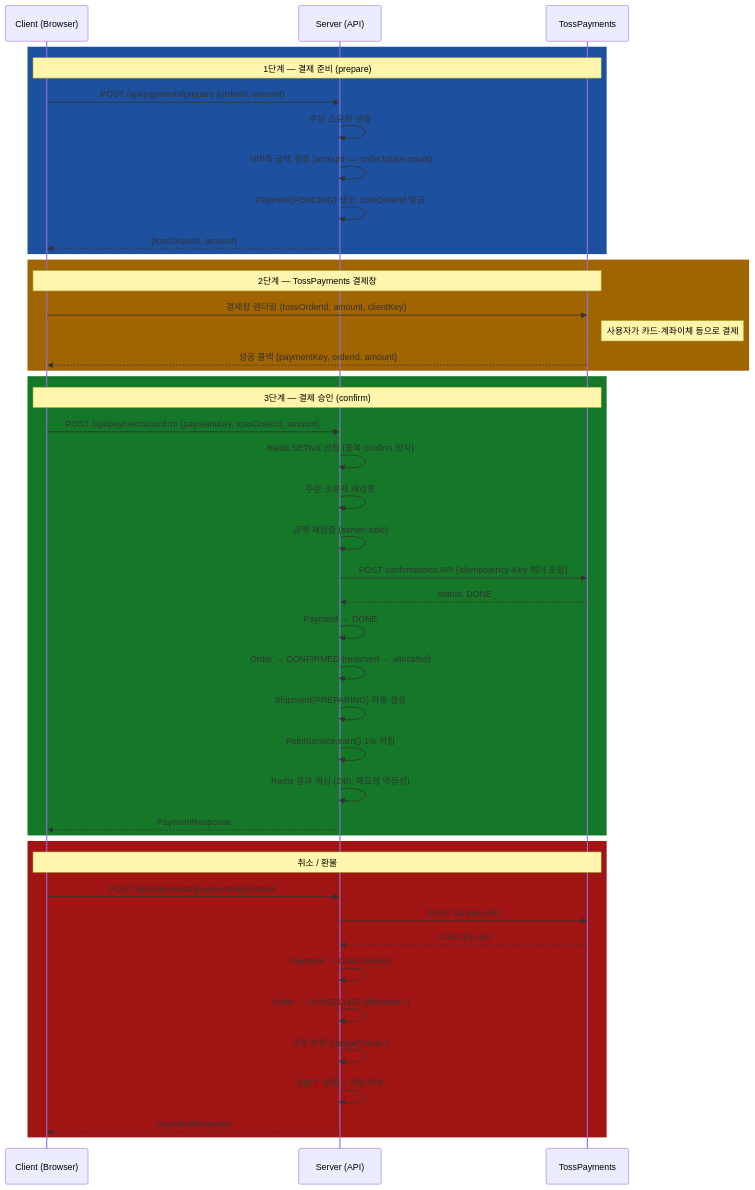
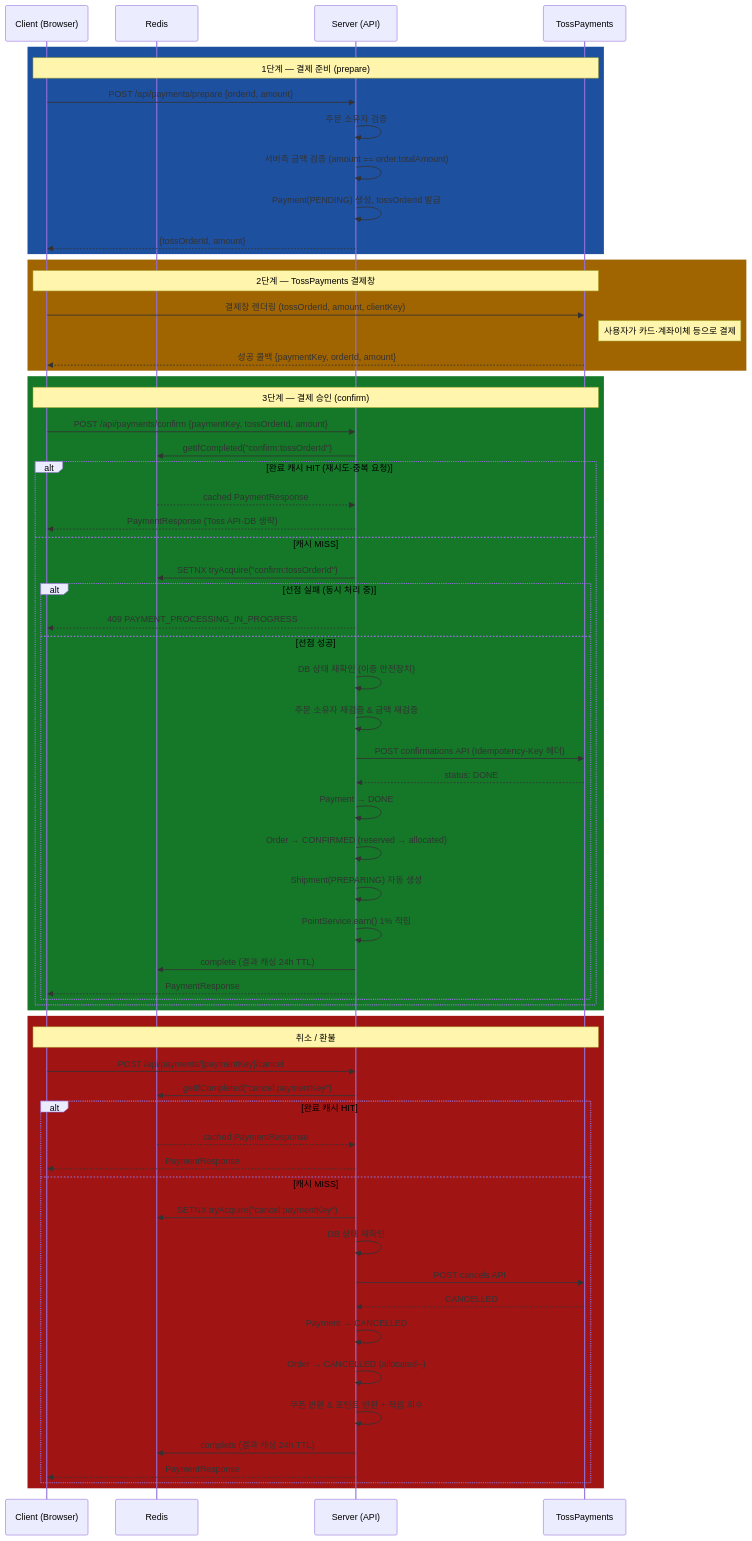
One commit to nameless0422/stock-management-api changed the third of 6 diagrams in README.md. Above: the diagram before and after it, drawn with Mermaid.

Commit message:
docs: TossPayments 플로우도 Redis 멱등성 로직 정확히 반영 (캐시HIT/SETNX 분기 추가)

````diff
--- a/README.md
+++ b/README.md
@@ -424,50 +424,69 @@
 ```mermaid
 sequenceDiagram
     participant C as Client (Browser)
+    participant R as Redis
     participant S as Server (API)
     participant T as TossPayments
 
     rect rgb(30, 80, 160)
         Note over C,T: 1단계 — 결제 준비 (prepare)
         C->>S: POST /api/payments/prepare {orderId, amount}
         S->>S: 주문 소유자 검증
         S->>S: 서버측 금액 검증 (amount == order.totalAmount)
         S->>S: Payment(PENDING) 생성, tossOrderId 발급
         S-->>C: {tossOrderId, amount}
     end
 
     rect rgb(160, 100, 0)
         Note over C,T: 2단계 — TossPayments 결제창
         C->>T: 결제창 렌더링 (tossOrderId, amount, clientKey)
         Note right of T: 사용자가 카드·계좌이체 등으로 결제
         T-->>C: 성공 콜백 {paymentKey, orderId, amount}
     end
 
     rect rgb(20, 120, 40)
         Note over C,T: 3단계 — 결제 승인 (confirm)
         C->>S: POST /api/payments/confirm {paymentKey, tossOrderId, amount}
-        S->>S: Redis SETNX 선점 (중복 confirm 방지)
-        S->>S: 주문 소유자 재검증
-        S->>S: 금액 재검증 (server-side)
-        S->>T: POST confirmations API (Idempotency-Key 헤더 포함)
-        T-->>S: status: DONE
-        S->>S: Payment → DONE
-        S->>S: Order → CONFIRMED (reserved → allocated)
-        S->>S: Shipment(PREPARING) 자동 생성
-        S->>S: PointService.earn() 1% 적립
-        S->>S: Redis 결과 캐싱 (24h, 재요청 멱등성)
-        S-->>C: PaymentResponse
+        S->>R: getIfCompleted("confirm:tossOrderId")
+        alt 완료 캐시 HIT (재시도·중복 요청)
+            R-->>S: cached PaymentResponse
+            S-->>C: PaymentResponse (Toss API·DB 생략)
+        else 캐시 MISS
+            S->>R: SETNX tryAcquire("confirm:tossOrderId")
+            alt 선점 실패 (동시 처리 중)
+                S-->>C: 409 PAYMENT_PROCESSING_IN_PROGRESS
+            else 선점 성공
+                S->>S: DB 상태 재확인 (이중 안전장치)
+                S->>S: 주문 소유자 재검증 & 금액 재검증
+                S->>T: POST confirmations API (Idempotency-Key 헤더)
+                T-->>S: status: DONE
+                S->>S: Payment → DONE
+                S->>S: Order → CONFIRMED (reserved → allocated)
+                S->>S: Shipment(PREPARING) 자동 생성
+                S->>S: PointService.earn() 1% 적립
+                S->>R: complete (결과 캐싱 24h TTL)
+                S-->>C: PaymentResponse
+            end
+        end
     end
 
     rect rgb(160, 20, 20)
         Note over C,T: 취소 / 환불
         C->>S: POST /api/payments/{paymentKey}/cancel
-        S->>T: POST cancels API
-        T-->>S: CANCELLED
-        S->>S: Payment → CANCELLED
-        S->>S: Order → CANCELLED (allocated--)
-        S->>S: 쿠폰 반환 (usageCount--)
-        S->>S: 포인트 반환 + 적립 회수
-        S-->>C: PaymentResponse
+        S->>R: getIfCompleted("cancel:paymentKey")
+        alt 완료 캐시 HIT
+            R-->>S: cached PaymentResponse
+            S-->>C: PaymentResponse
+        else 캐시 MISS
+            S->>R: SETNX tryAcquire("cancel:paymentKey")
+            S->>S: DB 상태 재확인
+            S->>T: POST cancels API
+            T-->>S: CANCELLED
+            S->>S: Payment → CANCELLED
+            S->>S: Order → CANCELLED (allocated--)
+            S->>S: 쿠폰 반환 & 포인트 반환 + 적립 회수
+            S->>R: complete (결과 캐싱 24h TTL)
+            S-->>C: PaymentResponse
+        end
     end
 ```
````
